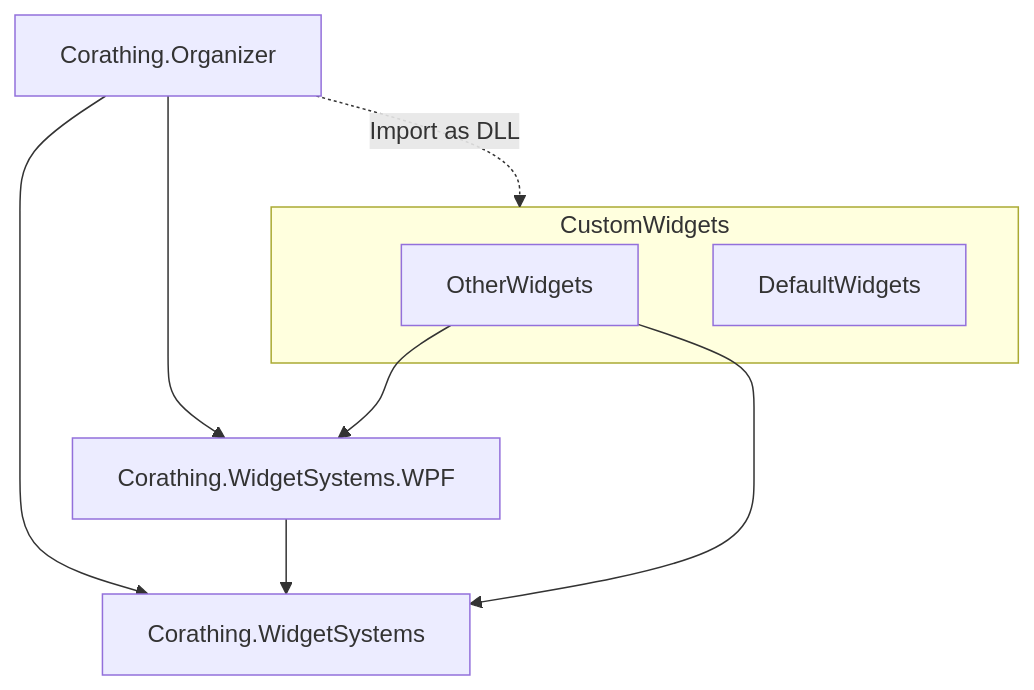
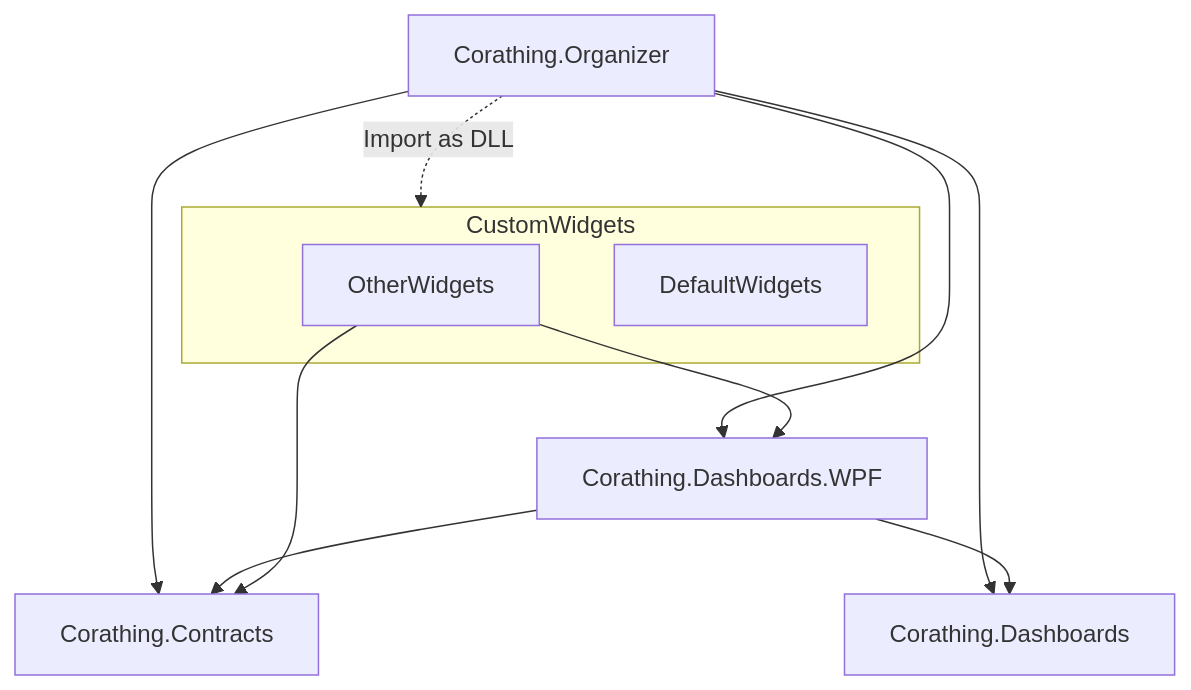
The diagram in README.md (dogzz9445/Corathing), drawn with Mermaid before and after one commit. The commit also changed other lines of this file and 1 other file, not shown here.

````diff
--- a/README.md
+++ b/README.md
@@ -39,14 +36,16 @@
 ```mermaid
 graph
-    A[Corathing.Organizer] --> B[Corathing.WidgetSystems]
-    A --> C[Corathing.WidgetSystems.WPF]
-    C --> B
+    A[Corathing.Organizer] --> B[Corathing.Contracts]
+    A --> C1[Corathing.Dashboards]
+    A --> C2[Corathing.Dashboards.WPF]
+    C2 --> C1
+    C2 --> B
     subgraph CustomWidgets
         D[CustomWidgets]
         E[DefaultWidgets]
         D[OtherWidgets]
     end
     D --> B
-    D --> C
+    D --> C2
     A -. Import as DLL .-> CustomWidgets
 ```
````
